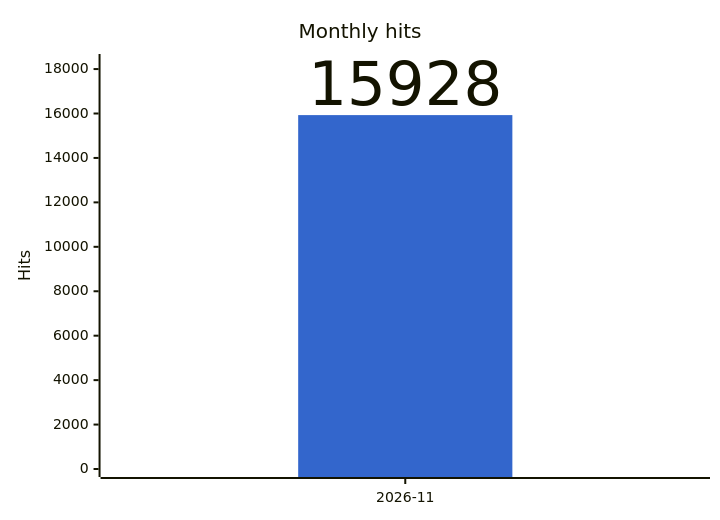
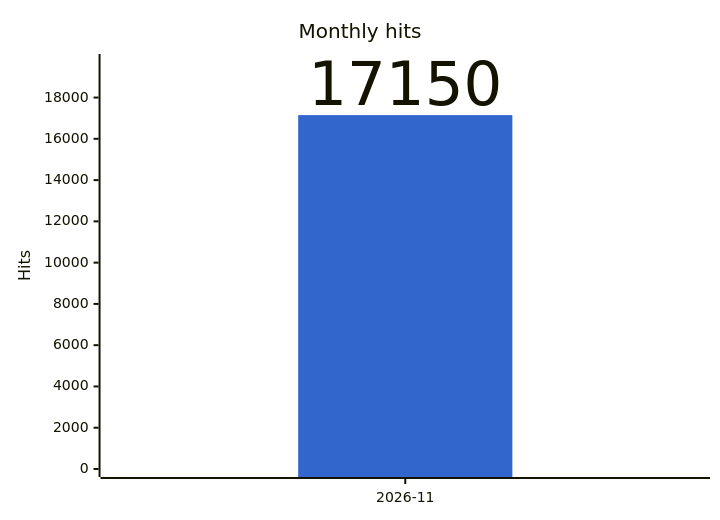
Before and after one commit to gmoulard/wikipedia2book: the fourth of 4 diagrams in docs/stats.md, drawn with Mermaid. The commit also changed other lines of this file and 3 other files, not shown here.

````diff
--- a/docs/stats.md
+++ b/docs/stats.md
@@ -54,8 +54,8 @@
 ```mermaid
 %%{init: {"xyChart": {"width": 700, "showDataLabel": true, "showDataLabelOutsideBar": true}, "themeVariables": {"xyChart": {"plotColorPalette": "#3366cc"}}}}%%
 xychart-beta
     title "Monthly hits"
     x-axis ["2026-11"]
-    y-axis "Hits" 0 --> 18318
-    bar [15928]
+    y-axis "Hits" 0 --> 19723
+    bar [17150]
 ```
````
